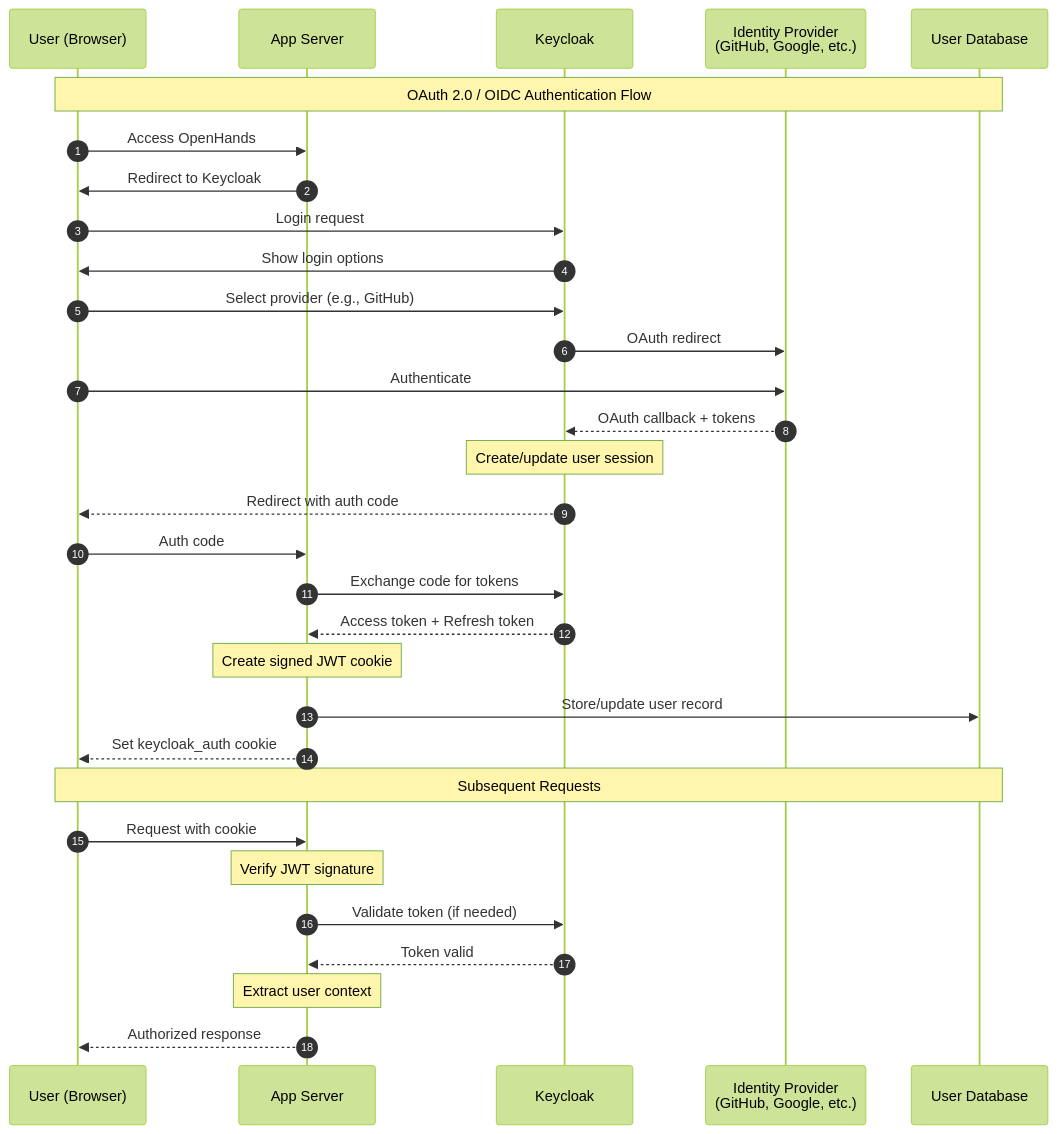
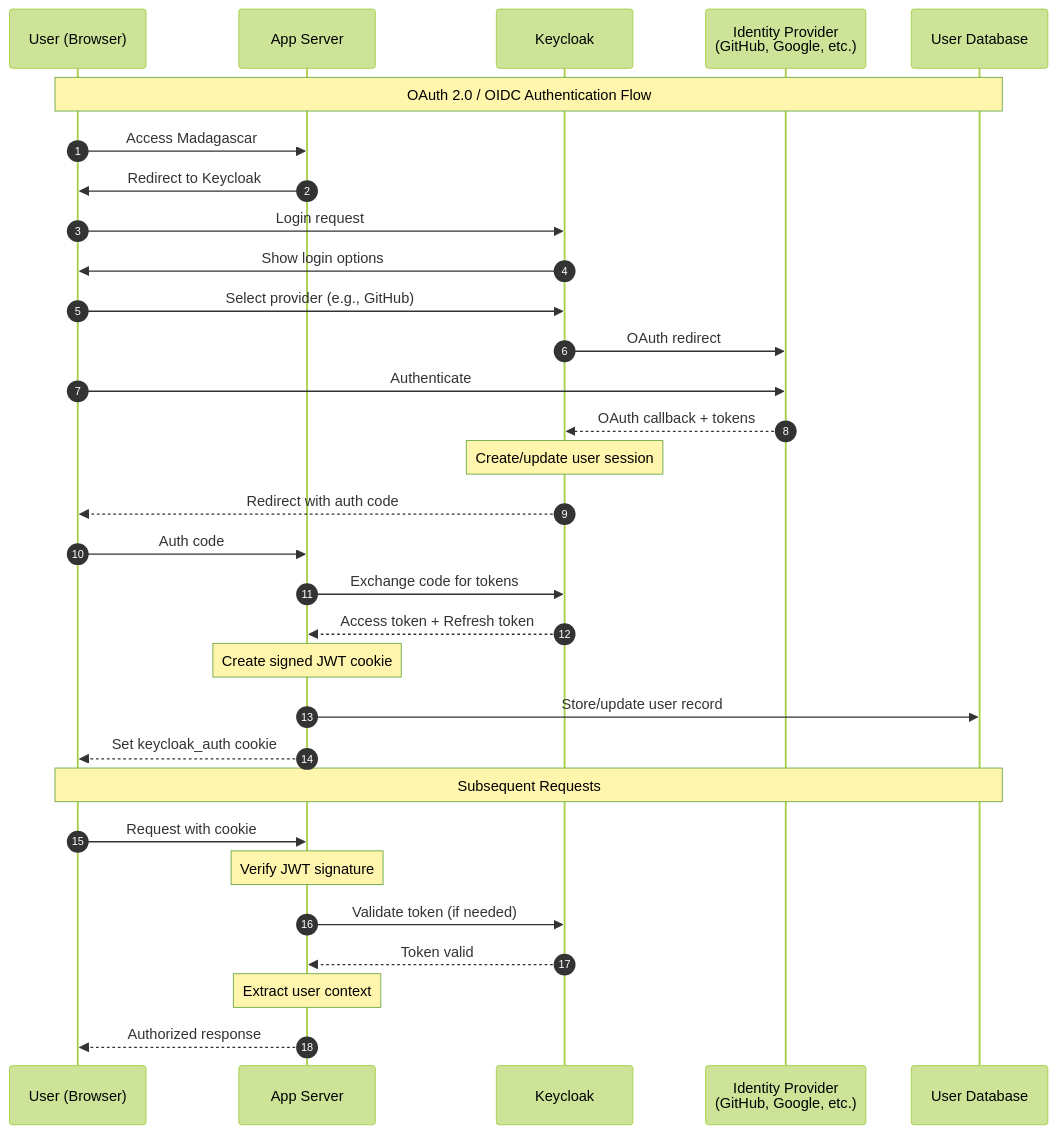
Before and after one commit to midnighthunters/madagascar: the diagram in backend/enterprise/doc/architecture/authentication.md, drawn with Mermaid (forest theme). The commit also changed other lines of this file and 3050 other files, not shown here.

````diff
--- a/backend/enterprise/doc/architecture/authentication.md
+++ b/backend/enterprise/doc/architecture/authentication.md
@@ -5,37 +5,37 @@
 ```mermaid
 sequenceDiagram
     autonumber
     participant User as User (Browser)
     participant App as App Server
     participant KC as Keycloak
     participant IdP as Identity Provider<br/>(GitHub, Google, etc.)
     participant DB as User Database
 
     Note over User,DB: OAuth 2.0 / OIDC Authentication Flow
 
-    User->>App: Access OpenHands
+    User->>App: Access Madagascar
     App->>User: Redirect to Keycloak
     User->>KC: Login request
     KC->>User: Show login options
     User->>KC: Select provider (e.g., GitHub)
     KC->>IdP: OAuth redirect
     User->>IdP: Authenticate
     IdP-->>KC: OAuth callback + tokens
     Note over KC: Create/update user session
     KC-->>User: Redirect with auth code
     User->>App: Auth code
     App->>KC: Exchange code for tokens
     KC-->>App: Access token + Refresh token
     Note over App: Create signed JWT cookie
     App->>DB: Store/update user record
     App-->>User: Set keycloak_auth cookie
 
     Note over User,DB: Subsequent Requests
 
     User->>App: Request with cookie
     Note over App: Verify JWT signature
     App->>KC: Validate token (if needed)
     KC-->>App: Token valid
     Note over App: Extract user context
     App-->>User: Authorized response
 ```
````
